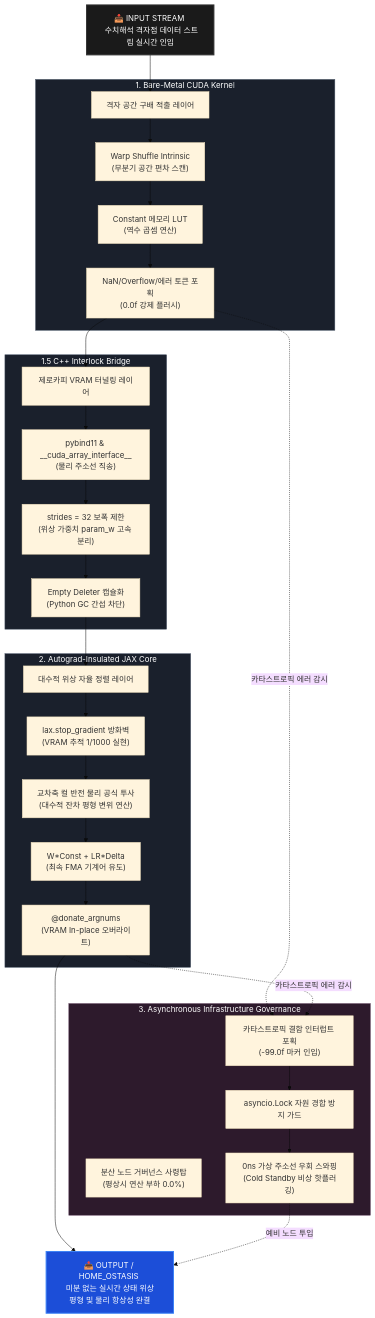
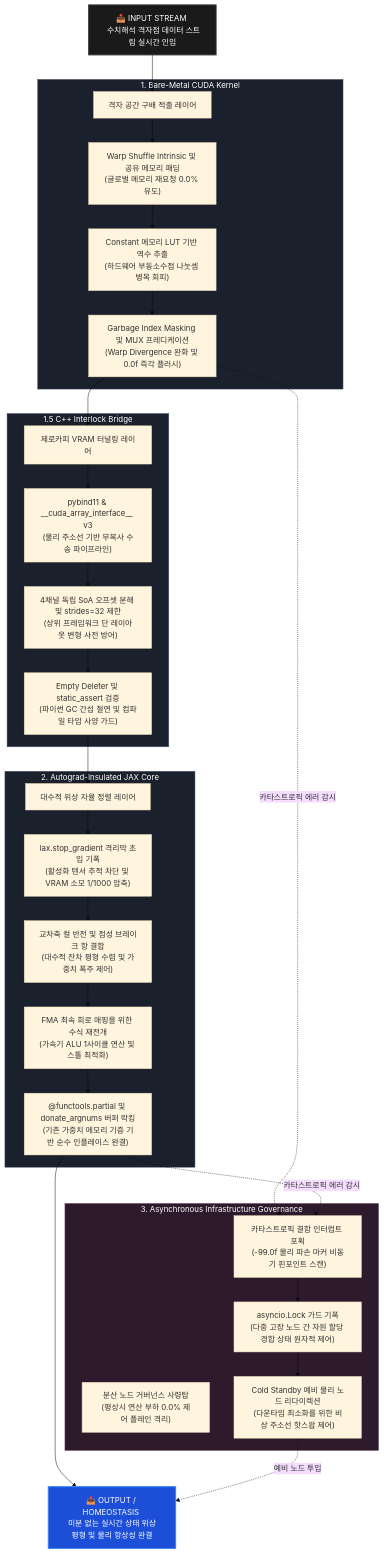
The diagram in README.md (PJHkorea/Forward_Only_Autograd_Free_PINN), drawn with Mermaid (base theme) before and after one commit. The commit also changed other lines of this file, not shown here.

````diff
--- a/README.md
+++ b/README.md
@@ -64,64 +80,63 @@
 ```mermaid
 graph TD
     %% 스타일 정의
     classDef inputStyle fill:#1a1a1a,stroke:#333,stroke-width:2px,color:#fff;
     classDef layerStyle fill:#2d3748,stroke:#4a5568,stroke-width:1px,color:#fff;
     classDef alertStyle fill:#742a2a,stroke:#e53e3e,stroke-width:1px,color:#fff;
     classDef outputStyle fill:#1c4ed8,stroke:#3b82f6,stroke-width:2px,color:#fff;
 
     %% 노드 정의
     INPUT["📥 INPUT STREAM <br> 수치해석 격자점 데이터 스트림 실시간 인입"]:::inputStyle
 
     subgraph L1 [1. Bare-Metal CUDA Kernel]
         L1_Core["격자 공간 구배 적출 레이어"]
-        L1_1["Warp Shuffle Intrinsic<br>(무분기 공간 편차 스캔)"]
-        L1_2["Constant 메모리 LUT<br>(역수 곱셈 연산)"]
-        L1_3["NaN/Overflow/에러 토큰 포획<br>(0.0f 강제 플러시)"]
+        L1_1["Warp Shuffle Intrinsic 및 공유 메모리 패딩<br>(글로벌 메모리 재요청 0.0% 유도)"]
+        L1_2["Constant 메모리 LUT 기반 역수 추출<br>(하드웨어 부동소수점 나눗셈 병목 회피)"]
+        L1_3["Garbage Index Masking 및 MUX 프레디케이션<br>(Warp Divergence 완화 및 0.0f 즉각 플러시)"]
     end
     style L1 fill:#1a202c,stroke:#4a5568,color:#fff
 
     subgraph L15 [1.5 C++ Interlock Bridge]
         L15_Core["제로카피 VRAM 터널링 레이어"]
-        L15_1["pybind11 & __cuda_array_interface__<br>(물리 주소선 직송)"]
-        L15_2["strides = 32 보폭 제한<br>(위상 가중치 param_w 고속 분리)"]
-        L15_3["Empty Deleter 캡슐화<br>(Python GC 간섭 차단)"]
+        L15_1["pybind11 & __cuda_array_interface__ v3<br>(물리 주소선 기반 무복사 수송 파이프라인)"]
+        L15_2["4채널 독립 SoA 오프셋 분해 및 strides=32 제한<br>(상위 프레임워크 단 레이아웃 변형 사전 방어)"]
+        L15_3["Empty Deleter 및 static_assert 검증<br>(파이썬 GC 간섭 절연 및 컴파일 타임 사양 가드)"]
     end
     style L15 fill:#1a202c,stroke:#4a5568,color:#fff
 
     subgraph L2 [2. Autograd-Insulated JAX Core]
         L2_Core["대수적 위상 자율 정렬 레이어"]
-        L2_1["lax.stop_gradient 방화벽<br>(VRAM 추적 1/1000 실현)"]
-        L2_2["교차축 컬 반전 물리 공식 투사<br>(대수적 잔차 평형 변위 연산)"]
-        L2_3["W*Const + LR*Delta<br>(최속 FMA 기계어 유도)"]
-        L2_4["@donate_argnums<br>(VRAM In-place 오버라이트)"]
+        L2_1["lax.stop_gradient 격리막 초입 기폭<br>(활성화 텐서 추적 차단 및 VRAM 소모 1/1000 압축)"]
+        L2_2["교차축 컬 반전 및 점성 브레이크 항 결합<br>(대수적 잔차 평형 수렴 및 가중치 폭주 제어)"]
+        L2_3["FMA 최속 회로 매핑을 위한 수식 재전개<br>(가속기 ALU 1사이클 연산 및 스톨 최적화)"]
+        L2_4["@functools.partial 및 donate_argnums 버퍼 락킹<br>(기존 가중치 메모리 기증 기반 순수 인플레이스 완결)"]
     end
     style L2 fill:#1a202c,stroke:#4a5568,color:#fff
 
     subgraph L3 [3. Asynchronous Infrastructure Governance]
-        L3_Core["분산 노드 거버넌스 사령탑<br>(평상시 연산 부하 0.0%)"]
-        L3_1["카타스트로픽 결함 인터럽트 포획<br>(-99.0f 마커 인입)"]
-        L3_2["asyncio.Lock 자원 경합 방지 가드"]
-        L3_3["0ns 가상 주소선 우회 스와핑<br>(Cold Standby 비상 핫플러깅)"]
+        L3_Core["분산 노드 거버넌스 사령탑<br>(평상시 연산 부하 0.0% 제어 플레인 격리)"]
+        L3_1["카타스트로픽 결함 인터럽트 포획<br>(-99.0f 물리 파손 마커 비동기 핀포인트 스캔)"]
+        L3_2["asyncio.Lock 가드 기폭<br>(다중 고장 노드 간 자원 할당 경합 상태 원자적 제어)"]
+        L3_3["Cold Standby 예비 물리 노드 리다이렉션<br>(다운타임 최소화를 위한 비상 주소선 핫스왑 제어)"]
     end
     style L3 fill:#2d1a2c,stroke:#684a65,color:#fff
 
-    OUTPUT["📤 OUTPUT / HOME_OSTASIS <br> 미분 없는 실시간 상태 위상 평형 및 물리 항상성 완결"]:::outputStyle
+    OUTPUT["📤 OUTPUT / HOMEOSTASIS <br> 미분 없는 실시간 상태 위상 평형 및 물리 항상성 완결"]:::outputStyle
 
     %% 연결선 정의
     INPUT --> L1_Core
     L1_Core --> L1_1 --> L1_2 --> L1_3
     L1_3 --> L15_Core
     L15_Core --> L15_1 --> L15_2 --> L15_3
     L15_3 --> L2_Core
     L2_Core --> L2_1 --> L2_2 --> L2_3 --> L2_4
     
     %% 제어 및 예외 흐름
     L1_3 -. 카타스트로픽 에러 감시 .-> L3_1
     L2_4 -. 카타스트로픽 에러 감시 .-> L3_1
     
     L3_1 --> L3_2 --> L3_3
     
     L2_4 --> OUTPUT
     L3_3 -. 예비 노드 투입 .-> OUTPUT
-
 ```
````
